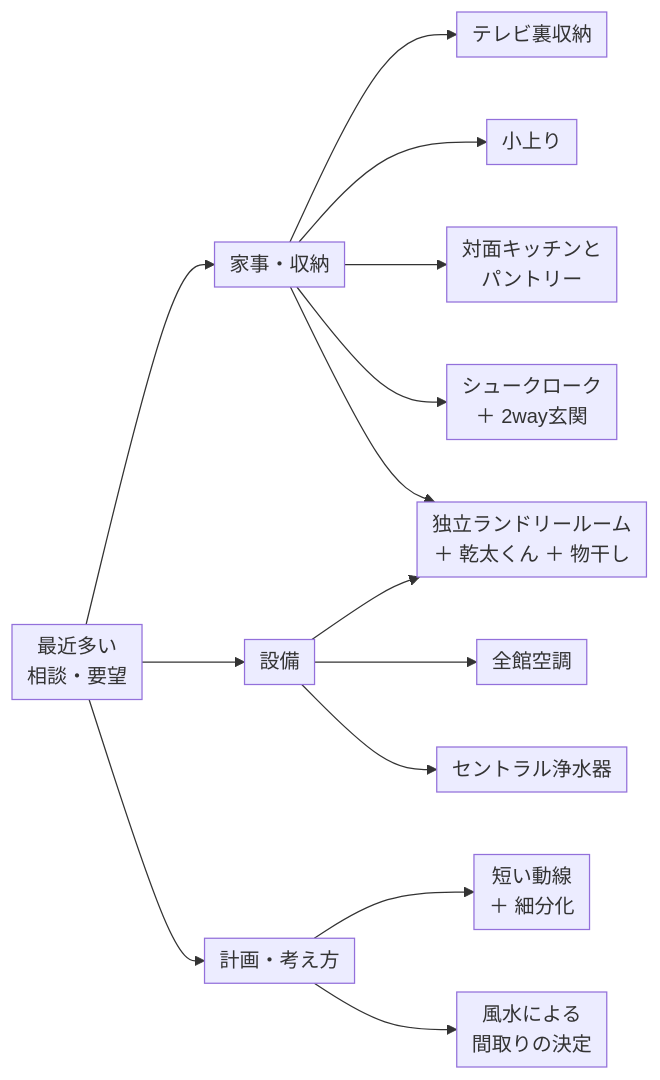
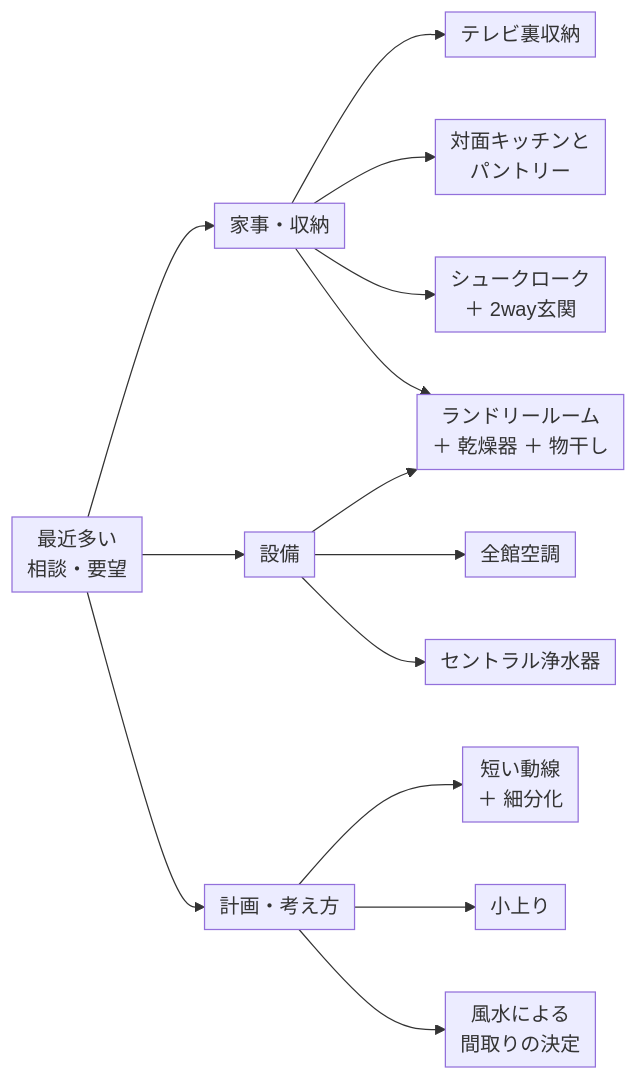
The first of 2 diagrams in content/建築/家づくりの相談で最近多いこと 00 概論.md (hyodoarch/buryoshaki), drawn with Mermaid before and after one commit.

Commit message:
vault backup: 2026-08-26 07:57:51

````diff
--- a/content/建築/家づくりの相談で最近多いこと 00 概論.md
+++ b/content/建築/家づくりの相談で最近多いこと 00 概論.md
@@ -21,26 +21,26 @@
 ```mermaid
 ---
 config:
     flowchart:
         padding: 6
 ---
 flowchart LR
     A["最近多い<br>相談・要望"]
 
     A --> B["家事・収納"]
     A --> C["設備"]
     A --> D["計画・考え方"]
 
     B --> B1["テレビ裏収納"]
-    B --> B2["小上り"]
-    B --> B3["対面キッチンと<br>パントリー"]
-    B --> B4["シュークローク<br>＋ 2way玄関"]
-    B --> C1["独立ランドリールーム<br>＋ 乾太くん ＋ 物干し"]
+    B --> B2["対面キッチンと<br>パントリー"]
+    B --> B3["シュークローク<br>＋ 2way玄関"]
+       B --> C1["ランドリールーム<br>＋ 乾燥器 ＋ 物干し"]
 
     C --> C1
     C --> C2["全館空調"]
     C --> C3["セントラル浄水器"]
 
     D --> D1["短い動線<br>＋ 細分化"]
-    D --> D2["風水による<br>間取りの決定"]
+    D --> D2["小上り"]
+    D --> D3["風水による<br>間取りの決定"]
 ```
````
